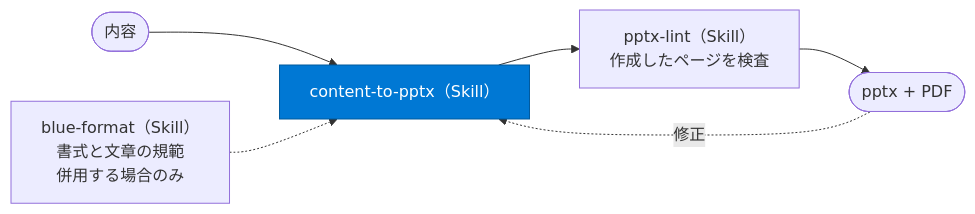
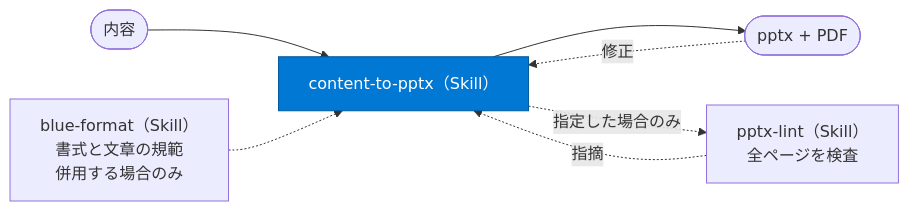
Before and after one commit to akitamoto-dev/pptx-as-code: the first of 2 diagrams in README.md, drawn with Mermaid. The commit also changed other lines of this file and 10 other files, not shown here.

Commit message:
pptx-lint を指定したときだけ使う形にし、検証状況の記述と文字サイズの規範を見直す

````diff
--- a/README.md
+++ b/README.md
@@ -28,15 +28,16 @@
 ```mermaid
 flowchart LR
     IN(["内容"])
     BF["blue-format（Skill）<br/>書式と文章の規範<br/>併用する場合のみ"]
     C2P["content-to-pptx（Skill）"]
-    LINT["pptx-lint（Skill）<br/>作成したページを検査"]
+    LINT["pptx-lint（Skill）<br/>全ページを検査"]
     OUT(["pptx + PDF"])
 
     IN --> C2P
-    C2P --> LINT
-    LINT --> OUT
+    C2P --> OUT
     BF -.-> C2P
+    C2P -.->|指定した場合のみ| LINT
+    LINT -.->|指摘| C2P
     OUT -.->|修正| C2P
     style C2P fill:#0078D4,stroke:#005A9E,color:#ffffff
 ```
````
